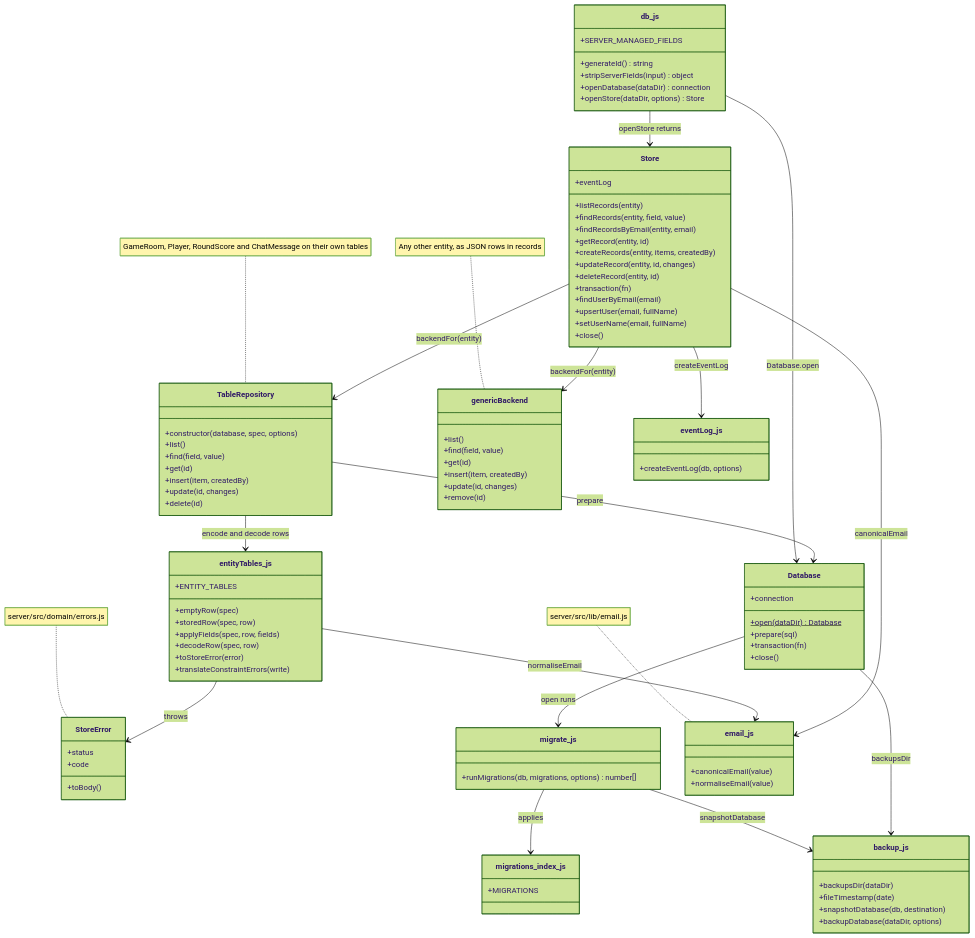
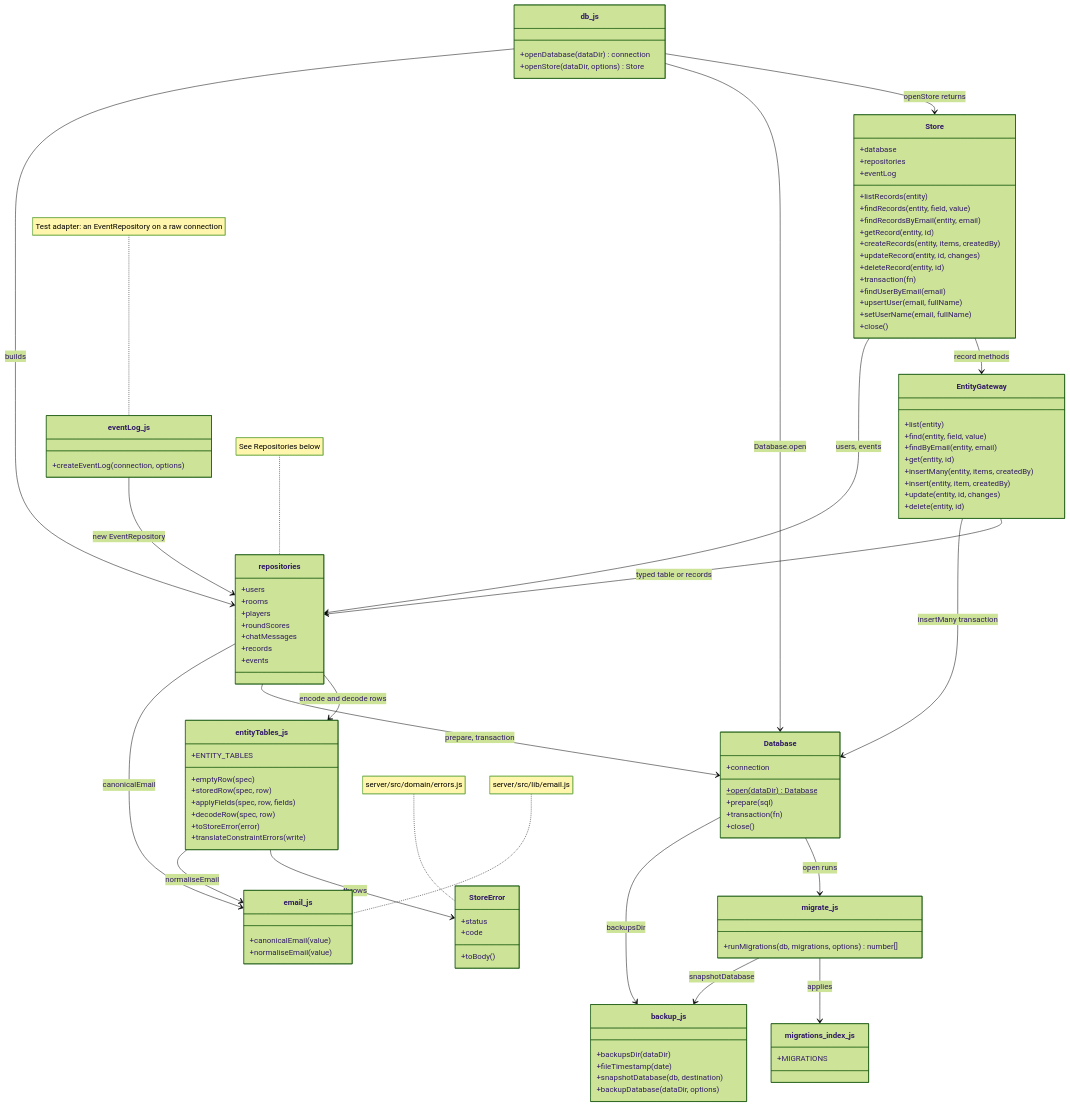
Before and after one commit to ruttyj/FlipShowdown: the second of 5 diagrams in docs/database.md, drawn with Mermaid (forest theme). The commit also changed other lines of this file and 7 other files, not shown here.

First line of the commit message:
Run the store on the repositories

````diff
--- a/docs/database.md
+++ b/docs/database.md
@@ -151,9 +151,6 @@
 ```mermaid
 classDiagram
     class db_js {
-        +SERVER_MANAGED_FIELDS
-        +generateId() string
-        +stripServerFields(input) object
         +openDatabase(dataDir) connection
         +openStore(dataDir, options) Store
     }
@@ -165,6 +162,8 @@
         +close()
     }
     class Store {
+        +database
+        +repositories
         +eventLog
         +listRecords(entity)
         +findRecords(entity, field, value)
@@ -179,25 +178,26 @@
         +setUserName(email, fullName)
         +close()
     }
-    class TableRepository {
-        +constructor(database, spec, options)
-        +list()
-        +find(field, value)
-        +get(id)
-        +insert(item, createdBy)
-        +update(id, changes)
-        +delete(id)
+    class EntityGateway {
+        +list(entity)
+        +find(entity, field, value)
+        +findByEmail(entity, email)
+        +get(entity, id)
+        +insertMany(entity, items, createdBy)
+        +insert(entity, item, createdBy)
+        +update(entity, id, changes)
+        +delete(entity, id)
     }
-    class genericBackend {
-        +list()
-        +find(field, value)
-        +get(id)
-        +insert(item, createdBy)
-        +update(id, changes)
-        +remove(id)
+    class repositories {
+        +users
+        +rooms
+        +players
+        +roundScores
+        +chatMessages
+        +records
+        +events
     }
-    note for TableRepository "GameRoom, Player, RoundScore and ChatMessage on their own tables"
-    note for genericBackend "Any other entity, as JSON rows in records"
+    note for repositories "See Repositories below"
     class entityTables_js {
         +ENTITY_TABLES
         +emptyRow(spec)
@@ -231,19 +231,23 @@
     }
     note for email_js "server/src/lib/email.js"
     class eventLog_js {
-        +createEventLog(db, options)
+        +createEventLog(connection, options)
     }
+    note for eventLog_js "Test adapter: an EventRepository on a raw connection"
 
     db_js --> Store : openStore returns
     db_js --> Database : Database.open
-    Store --> TableRepository : backendFor(entity)
-    Store --> genericBackend : backendFor(entity)
-    TableRepository --> entityTables_js : encode and decode rows
-    TableRepository --> Database : prepare
+    db_js --> repositories : builds
+    Store --> EntityGateway : record methods
+    Store --> repositories : users, events
+    EntityGateway --> repositories : typed table or records
+    EntityGateway --> Database : insertMany transaction
+    repositories --> entityTables_js : encode and decode rows
+    repositories --> Database : prepare, transaction
     entityTables_js --> StoreError : throws
     entityTables_js --> email_js : normaliseEmail
-    Store --> email_js : canonicalEmail
-    Store --> eventLog_js : createEventLog
+    repositories --> email_js : canonicalEmail
+    eventLog_js --> repositories : new EventRepository
     Database --> migrate_js : open runs
     migrate_js --> migrations_index_js : applies
     migrate_js --> backup_js : snapshotDatabase
````
